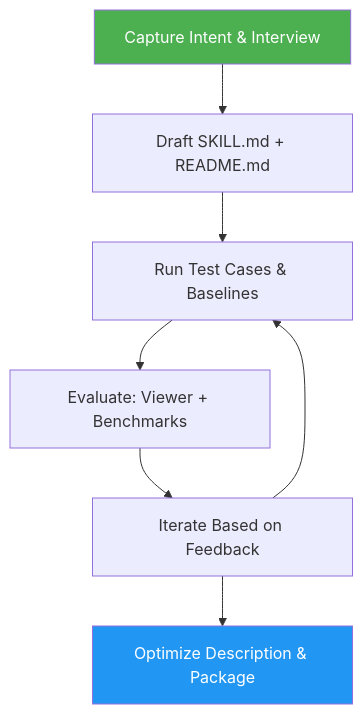
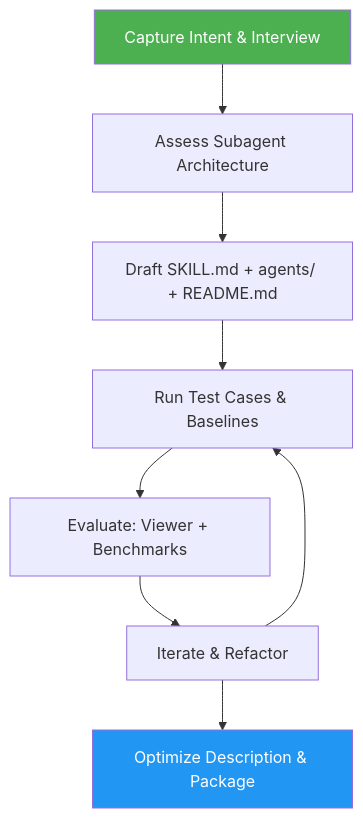
The diagram in skills/skill-creator/README.md (luongnv89/skills), drawn with Mermaid before and after one commit. The commit also changed other lines of this file and 9 other files, not shown here.

First line of the commit message:
feat(skill-creator,release-manager): add subagent architecture guidance and restructure release-manager

````diff
--- a/skills/skill-creator/README.md
+++ b/skills/skill-creator/README.md
@@ -24,11 +26,12 @@
 ```mermaid
 graph TD
-    A["Capture Intent & Interview"] --> B["Draft SKILL.md + README.md"]
-    B --> C["Run Test Cases & Baselines"]
-    C --> D["Evaluate: Viewer + Benchmarks"]
-    D --> E["Iterate Based on Feedback"]
-    E --> C
-    E --> F["Optimize Description & Package"]
+    A["Capture Intent & Interview"] --> B["Assess Subagent Architecture"]
+    B --> C["Draft SKILL.md + agents/ + README.md"]
+    C --> D["Run Test Cases & Baselines"]
+    D --> E["Evaluate: Viewer + Benchmarks"]
+    E --> F["Iterate & Refactor"]
+    F --> D
+    F --> G["Optimize Description & Package"]
     style A fill:#4CAF50,color:#fff
-    style F fill:#2196F3,color:#fff
+    style G fill:#2196F3,color:#fff
 ```
````
